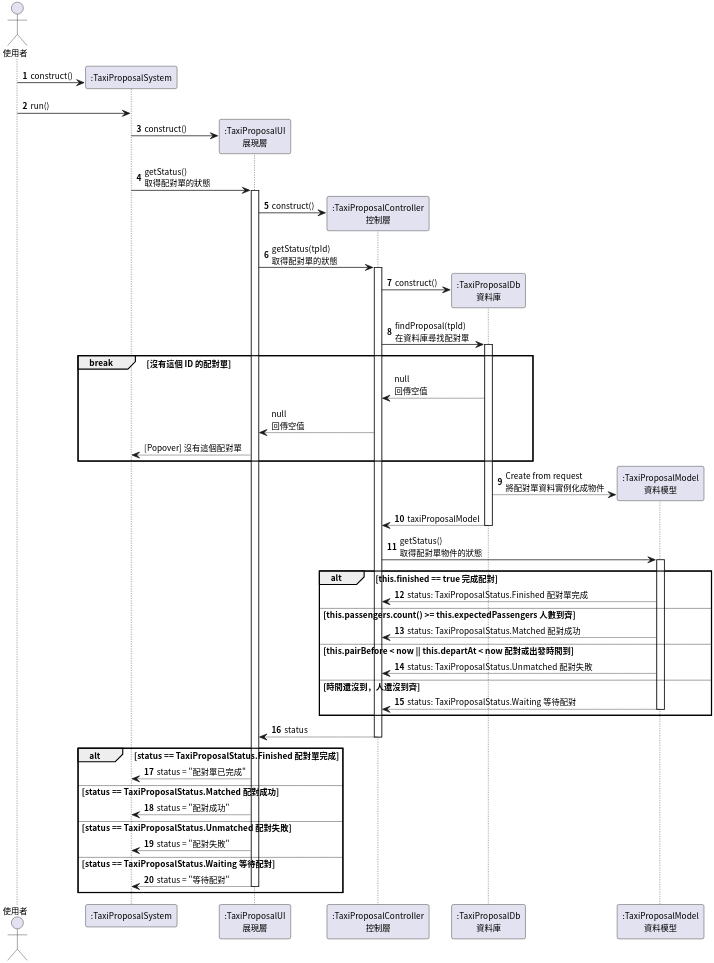
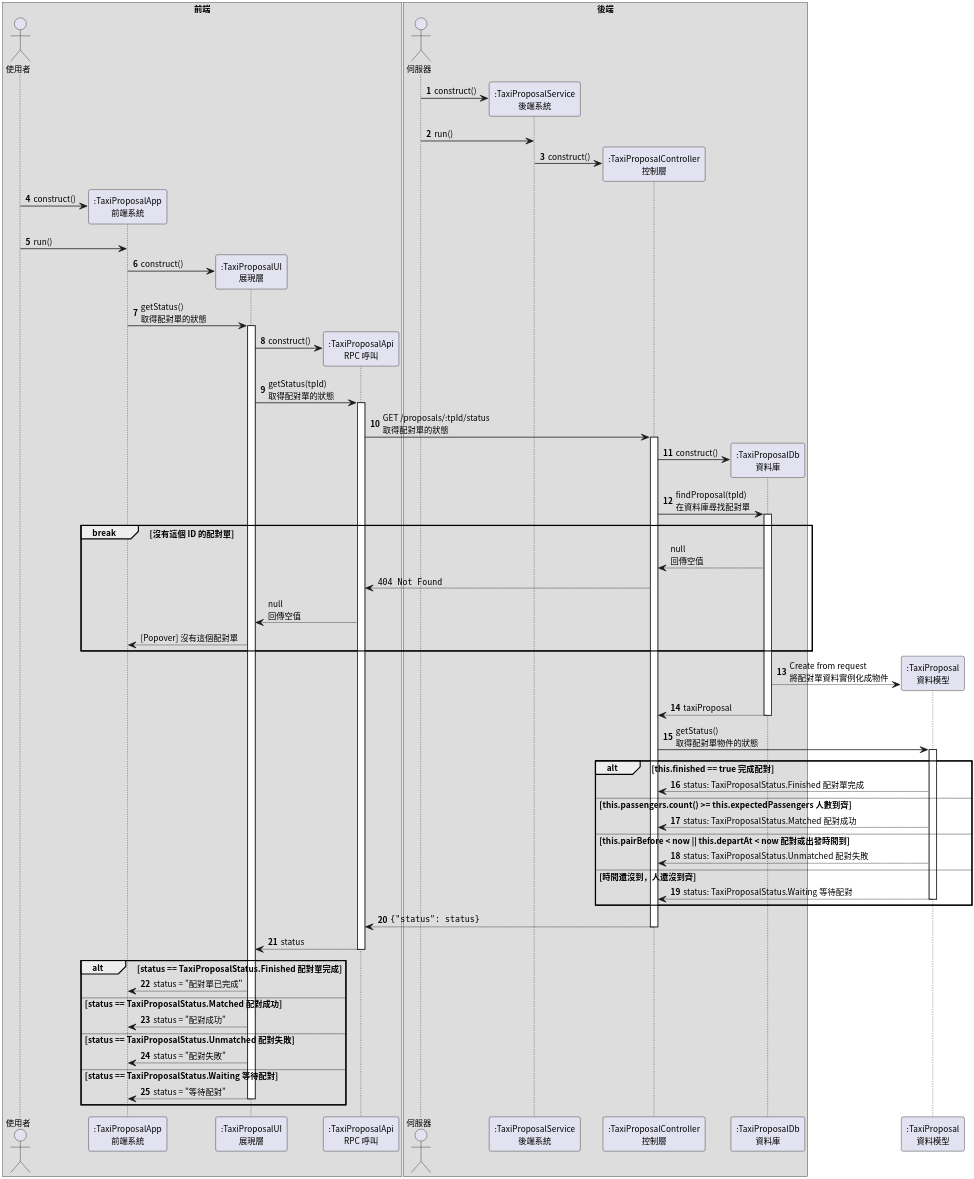
The second of 6 diagrams in semester-4/system-analysis/localized/sequence-diagram.plantuml (pan93412/nkust-homework), drawn with PlantUML before and after one commit. The commit also changed other lines of this file, not shown here.

Commit message:
s4: system-analysis: class-diagram: Refactor

```diff
--- a/semester-4/system-analysis/localized/sequence-diagram.plantuml
+++ b/semester-4/system-analysis/localized/sequence-diagram.plantuml
@@ -44,64 +63,84 @@
 @startuml TaxiProposalWaitForPairing
 
 autonumber
 skinparam dpi 300
 skinparam linetype ortho
 skinparam defaultFontSize 11
 skinparam defaultFontName "Noto Sans CJK TC"
 
+box 前端
 actor Requester as "使用者"
-participant TaxiProposalSystem as ":TaxiProposalSystem"
+
+participant TaxiProposalApp as ":TaxiProposalApp\n前端系統"
 participant TaxiProposalUI as ":TaxiProposalUI\n展現層"
+participant TaxiProposalApi as ":TaxiProposalApi\nRPC 呼叫"
+end box
+
+box 後端
+actor Server as "伺服器"
+
+participant TaxiProposalService as ":TaxiProposalService\n後端系統"
 participant TaxiProposalController as ":TaxiProposalController\n控制層"
+participant TaxiProposal as ":TaxiProposal\n資料模型"
 participant TaxiProposalDb as ":TaxiProposalDb\n資料庫"
+end box
 
-Requester -> TaxiProposalSystem **: construct()
-Requester -> TaxiProposalSystem: run()
+participant TaxiProposal as ":TaxiProposal\n資料模型"
 
-TaxiProposalSystem -> TaxiProposalUI **: construct()
-TaxiProposalSystem -> TaxiProposalUI ++: getStatus()\n取得配對單的狀態
+Server -> TaxiProposalService **: construct()
+Server -> TaxiProposalService: run()
+TaxiProposalService -> TaxiProposalController **: construct()
 
-TaxiProposalUI -> TaxiProposalController **: construct()
-TaxiProposalUI -> TaxiProposalController ++: getStatus(tpId)\n取得配對單的狀態
+Requester -> TaxiProposalApp **: construct()
+Requester -> TaxiProposalApp: run()
+
+TaxiProposalApp -> TaxiProposalUI **: construct()
+TaxiProposalApp -> TaxiProposalUI ++: getStatus()\n取得配對單的狀態
+
+TaxiProposalUI -> TaxiProposalApi **: construct()
+TaxiProposalUI -> TaxiProposalApi ++: getStatus(tpId)\n取得配對單的狀態
+
+TaxiProposalApi -> TaxiProposalController ++: GET /proposals/:tpId/status\n取得配對單的狀態
 
 TaxiProposalController -> TaxiProposalDb **: construct()
 TaxiProposalController -> TaxiProposalDb ++: findProposal(tpId)\n在資料庫尋找配對單
 
 break 沒有這個 ID 的配對單
     autonumber stop
     TaxiProposalController <-- TaxiProposalDb: null\n回傳空值
-    TaxiProposalUI <-- TaxiProposalController: null\n回傳空值
-    TaxiProposalSystem <-- TaxiProposalUI: [Popover] 沒有這個配對單
+    TaxiProposalApi <-- TaxiProposalController: ""404 Not Found""
+    TaxiProposalUI <-- TaxiProposalApi: null\n回傳空值
+    TaxiProposalApp <-- TaxiProposalUI: [Popover] 沒有這個配對單
 end
 
 autonumber resume
 
-create participant TaxiProposalModel as ":TaxiProposalModel\n資料模型"
-TaxiProposalDb --> TaxiProposalModel: Create from request\n將配對單資料實例化成物件
-return taxiProposalModel
+TaxiProposalDb --> TaxiProposal **: Create from request\n將配對單資料實例化成物件
+return taxiProposal
 
-TaxiProposalController -> TaxiProposalModel ++: getStatus()\n取得配對單物件的狀態
+TaxiProposalController -> TaxiProposal ++: getStatus()\n取得配對單物件的狀態
 
 alt this.finished == true 完成配對
-    TaxiProposalController <-- TaxiProposalModel: status: TaxiProposalStatus.Finished 配對單完成
+    TaxiProposalController <-- TaxiProposal: status: TaxiProposalStatus.Finished 配對單完成
 else this.passengers.count() >= this.expectedPassengers 人數到齊
-    TaxiProposalController <-- TaxiProposalModel: status: TaxiProposalStatus.Matched 配對成功
+    TaxiProposalController <-- TaxiProposal: status: TaxiProposalStatus.Matched 配對成功
 else this.pairBefore < now || this.departAt < now 配對或出發時間到
-    TaxiProposalController <-- TaxiProposalModel: status: TaxiProposalStatus.Unmatched 配對失敗
+    TaxiProposalController <-- TaxiProposal: status: TaxiProposalStatus.Unmatched 配對失敗
 else 時間還沒到，人還沒到齊
-    TaxiProposalController <-- TaxiProposalModel --: status: TaxiProposalStatus.Waiting 等待配對
+    TaxiProposalController <-- TaxiProposal --: status: TaxiProposalStatus.Waiting 等待配對
 end
 
+return ""{"status": status}""
 return status
 
 alt status == TaxiProposalStatus.Finished 配對單完成
-    TaxiProposalSystem <-- TaxiProposalUI: status = "配對單已完成"
+    TaxiProposalApp <-- TaxiProposalUI: status = "配對單已完成"
 else status == TaxiProposalStatus.Matched 配對成功
-    TaxiProposalSystem <-- TaxiProposalUI: status = "配對成功"
+    TaxiProposalApp <-- TaxiProposalUI: status = "配對成功"
 else status == TaxiProposalStatus.Unmatched 配對失敗
-    TaxiProposalSystem <-- TaxiProposalUI: status = "配對失敗"
+    TaxiProposalApp <-- TaxiProposalUI: status = "配對失敗"
 else status == TaxiProposalStatus.Waiting 等待配對
-    TaxiProposalSystem <-- TaxiProposalUI --: status = "等待配對"
+    TaxiProposalApp <-- TaxiProposalUI --: status = "等待配對"
 end
 
 @enduml TaxiProposalWaitForPairing
```
